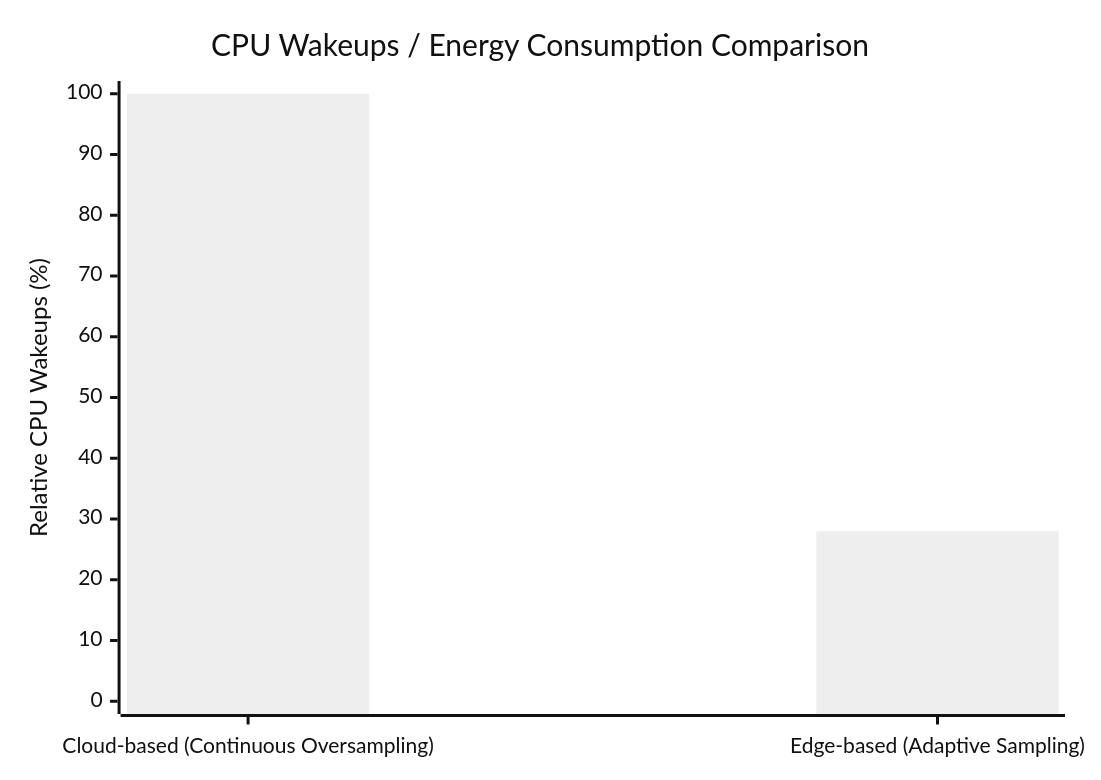
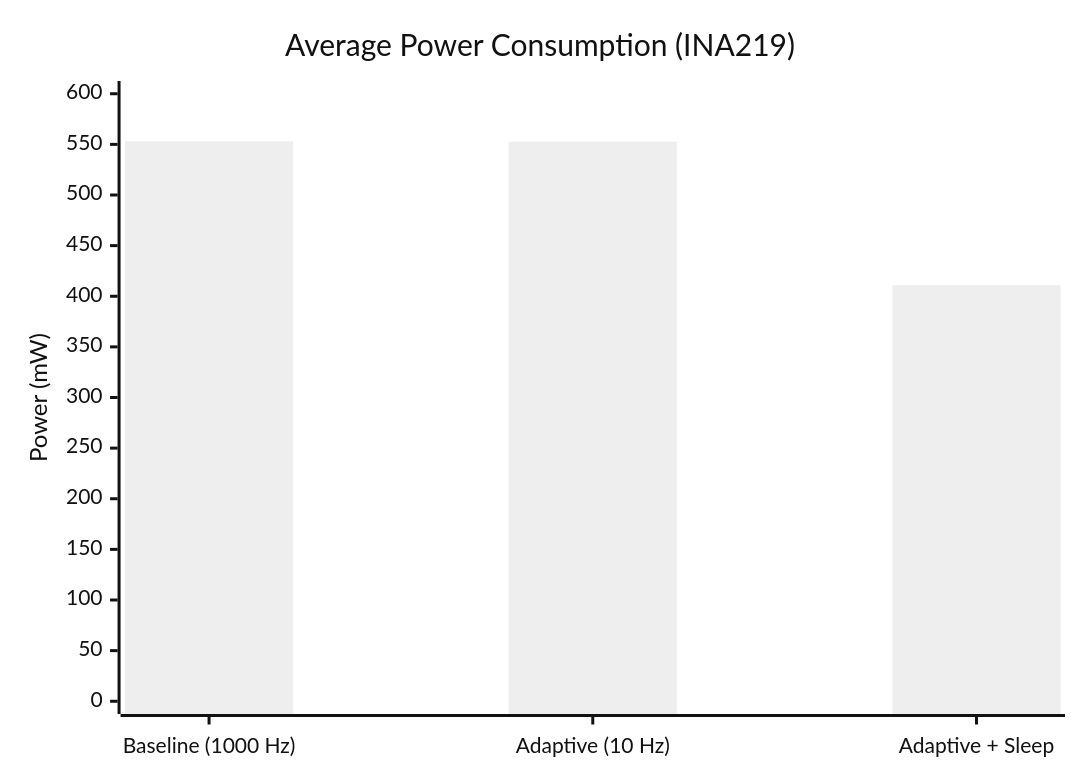
Before and after one commit to darked0/IoT_assignment: the second of 4 diagrams in README.md, drawn with Mermaid (neutral theme). The commit also changed other lines of this file, not shown here.

Commit message:
energy consumption data

````diff
--- a/README.md
+++ b/README.md
@@ -113,7 +113,7 @@
 ```mermaid
 xychart-beta
-    title "CPU Wakeups / Energy Consumption Comparison"
-    x-axis ["Cloud-based (Continuous Oversampling)", "Edge-based (Adaptive Sampling)"]
-    y-axis "Relative CPU Wakeups (%)" 0 --> 100
-    bar [100, 28]
+    title "Average Power Consumption (INA219)"
+    x-axis ["Baseline (1000 Hz)", "Adaptive (10 Hz)", "Adaptive + Sleep"]
+    y-axis "Power (mW)" 0 --> 600
+    bar [553.0, 552.7, 410.9]
 ```
````
